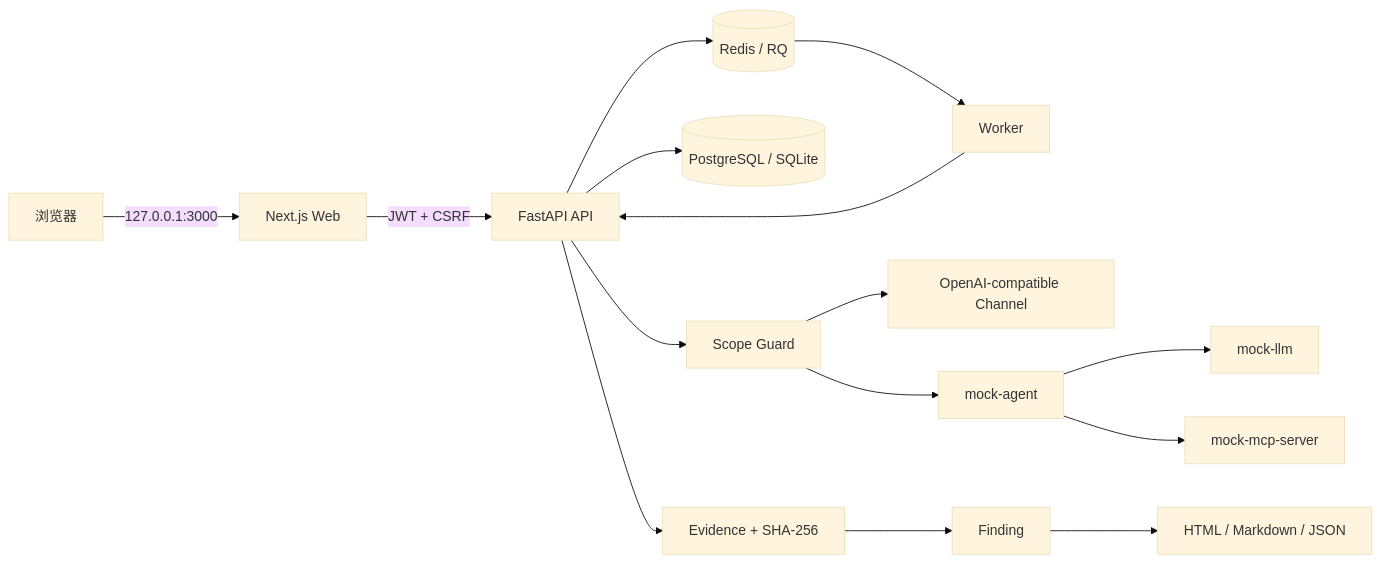
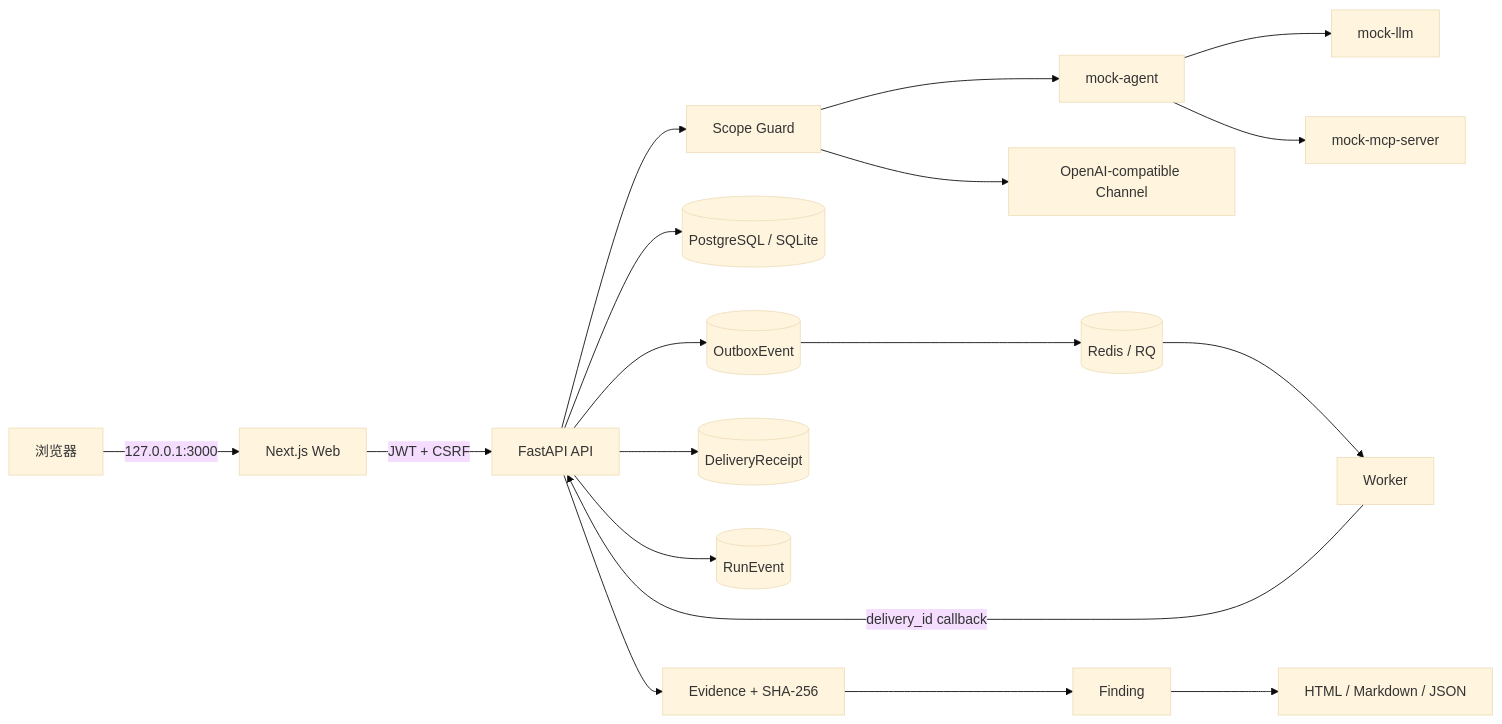
The diagram in docs/ARCHITECTURE.md (kskk666999-lgtm/whaleguard-redlab), drawn with Mermaid (base theme) before and after one commit. The commit also changed other lines of this file and 110 other files, not shown here.

````diff
--- a/docs/ARCHITECTURE.md
+++ b/docs/ARCHITECTURE.md
@@ -5,17 +5,20 @@
 ```mermaid
 flowchart LR
   U[浏览器] -->|127.0.0.1:3000| W[Next.js Web]
   W -->|JWT + CSRF| A[FastAPI API]
   A --> G[Scope Guard]
   A --> P[(PostgreSQL / SQLite)]
-  A --> R[(Redis / RQ)]
+  A --> O[(OutboxEvent)]
+  O --> R[(Redis / RQ)]
   R --> K[Worker]
-  K --> A
+  K -->|delivery_id callback| A
+  A --> D[(DeliveryReceipt)]
+  A --> RE[(RunEvent)]
   G --> L[OpenAI-compatible Channel]
   G --> MA[mock-agent]
   MA --> ML[mock-llm]
   MA --> MM[mock-mcp-server]
   A --> E[Evidence + SHA-256]
   E --> F[Finding]
   F --> RP[HTML / Markdown / JSON]
 ```
````
